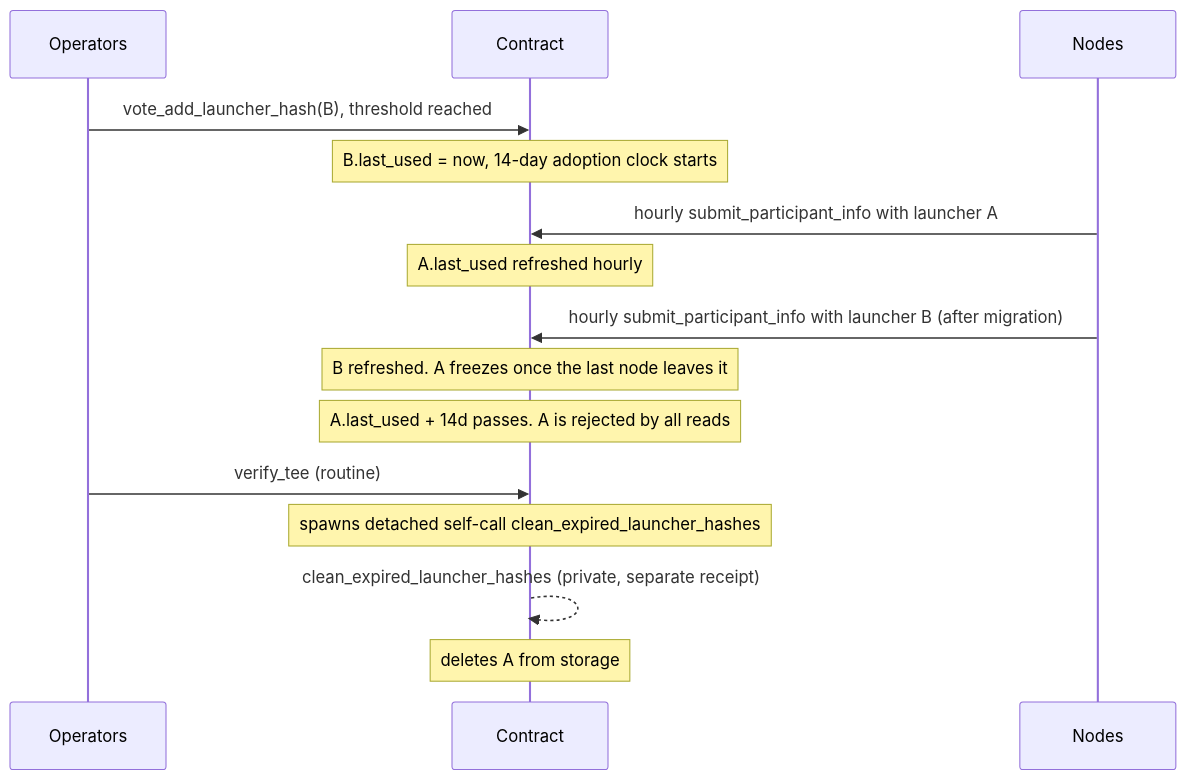
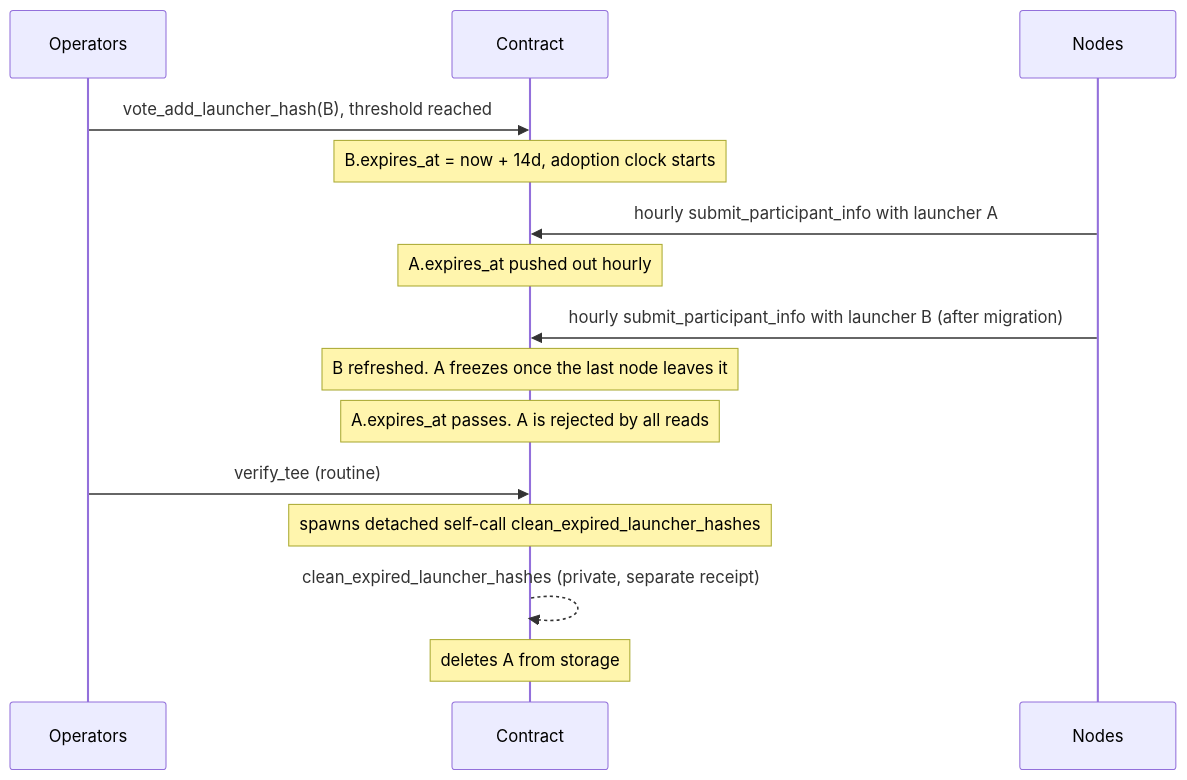
One commit to near/mpc changed the diagram in docs/design/auto-remove-launcher-hashes-design.md. Above: the diagram before and after it, drawn with Mermaid. The commit also changed other lines of this file and 8 other files, not shown here.

````diff
--- a/docs/design/auto-remove-launcher-hashes-design.md
+++ b/docs/design/auto-remove-launcher-hashes-design.md
@@ -95,18 +113,18 @@
 ```mermaid
 sequenceDiagram
     participant Ops as Operators
     participant C as Contract
     participant N as Nodes
 
     Ops->>C: vote_add_launcher_hash(B), threshold reached
-    Note over C: B.last_used = now, 14-day adoption clock starts
+    Note over C: B.expires_at = now + 14d, adoption clock starts
     N->>C: hourly submit_participant_info with launcher A
-    Note over C: A.last_used refreshed hourly
+    Note over C: A.expires_at pushed out hourly
     N->>C: hourly submit_participant_info with launcher B (after migration)
     Note over C: B refreshed. A freezes once the last node leaves it
-    Note over C: A.last_used + 14d passes. A is rejected by all reads
+    Note over C: A.expires_at passes. A is rejected by all reads
     Ops->>C: verify_tee (routine)
     Note over C: spawns detached self-call clean_expired_launcher_hashes
     C-->>C: clean_expired_launcher_hashes (private, separate receipt)
     Note over C: deletes A from storage
 ```
````
